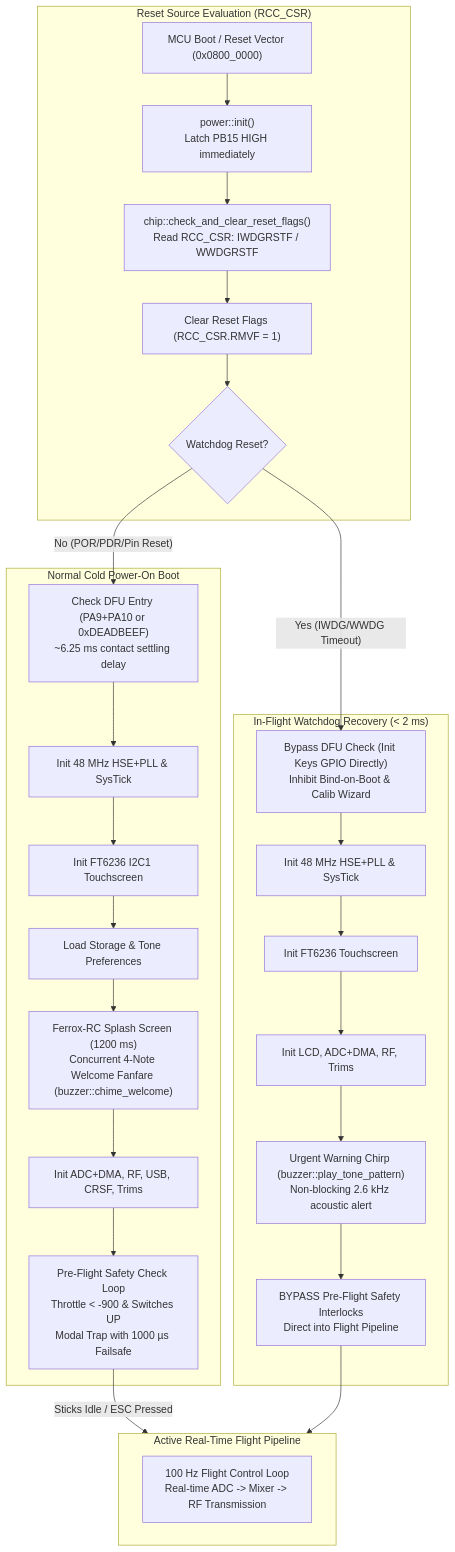
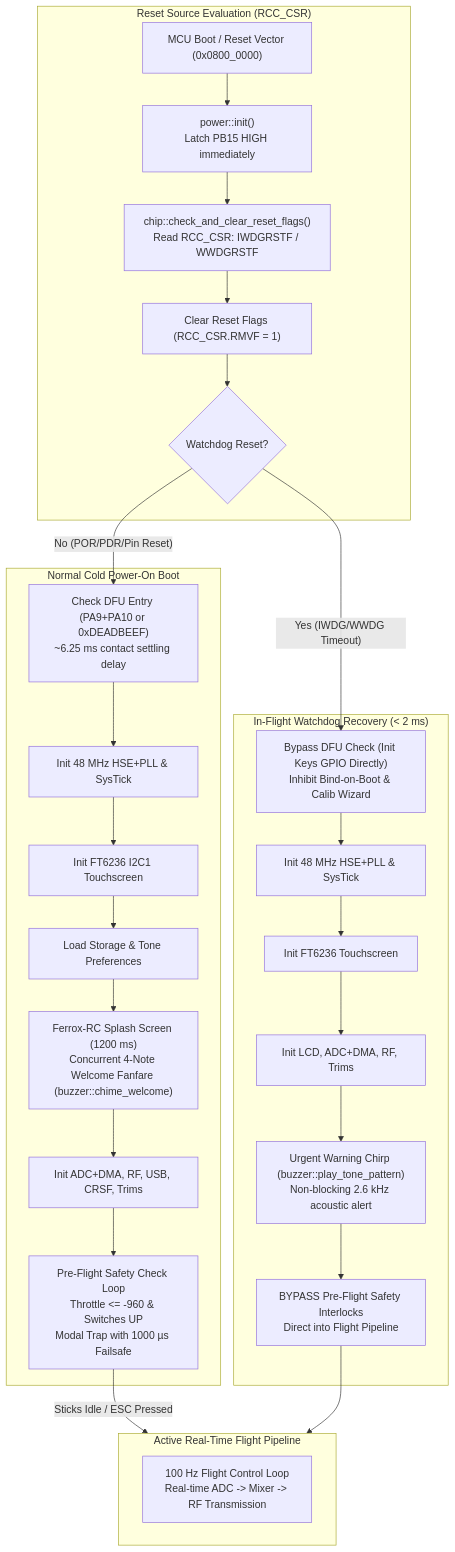
One commit to ferrox-rc/flysky-i6s-rs changed the second of 2 diagrams in docs/ARCHITECTURE.md. Above: the diagram before and after it, drawn with Mermaid. The commit also changed other lines of this file and 13 other files, not shown here.

````diff
--- a/docs/ARCHITECTURE.md
+++ b/docs/ARCHITECTURE.md
@@ -66,42 +66,42 @@
 ```mermaid
 flowchart TD
     subgraph Boot_Decision ["Reset Source Evaluation (RCC_CSR)"]
         Boot["MCU Boot / Reset Vector (0x0800_0000)"]
         PowerInit["power::init()<br>Latch PB15 HIGH immediately"]
         ReadCSR["chip::check_and_clear_reset_flags()<br>Read RCC_CSR: IWDGRSTF / WWDGRSTF"]
         ClearCSR["Clear Reset Flags (RCC_CSR.RMVF = 1)"]
         IsWDT{"Watchdog Reset?"}
         
         Boot --> PowerInit --> ReadCSR --> ClearCSR --> IsWDT
     end
 
     subgraph Cold_Boot ["Normal Cold Power-On Boot"]
         DFU["Check DFU Entry (PA9+PA10 or 0xDEADBEEF)<br>~6.25 ms contact settling delay"]
         Clocks["Init 48 MHz HSE+PLL & SysTick"]
         TouchInit["Init FT6236 I2C1 Touchscreen"]
         Storage["Load Storage & Tone Preferences"]
         Splash["Ferrox-RC Splash Screen (1200 ms)<br>Concurrent 4-Note Welcome Fanfare (buzzer::chime_welcome)"]
         Periphs["Init ADC+DMA, RF, USB, CRSF, Trims"]
-        SafetyCheck["Pre-Flight Safety Check Loop<br>Throttle < -900 & Switches UP<br>Modal Trap with 1000 µs Failsafe"]
+        SafetyCheck["Pre-Flight Safety Check Loop<br>Throttle <= -960 & Switches UP<br>Modal Trap with 1000 µs Failsafe"]
         
         IsWDT -- "No (POR/PDR/Pin Reset)" --> DFU --> Clocks --> TouchInit --> Storage --> Splash --> Periphs --> SafetyCheck
     end
 
     subgraph Warm_Recovery ["In-Flight Watchdog Recovery (< 2 ms)"]
         FastInit["Bypass DFU Check (Init Keys GPIO Directly)<br>Inhibit Bind-on-Boot & Calib Wizard"]
         ClocksWarm["Init 48 MHz HSE+PLL & SysTick"]
         TouchWarm["Init FT6236 Touchscreen"]
         PeriphsWarm["Init LCD, ADC+DMA, RF, Trims"]
         AlertChirp["Urgent Warning Chirp (buzzer::play_tone_pattern)<br>Non-blocking 2.6 kHz acoustic alert"]
         BypassCheck["BYPASS Pre-Flight Safety Interlocks<br>Direct into Flight Pipeline"]
         
         IsWDT -- "Yes (IWDG/WWDG Timeout)" --> FastInit --> ClocksWarm --> TouchWarm --> PeriphsWarm --> AlertChirp --> BypassCheck
     end
 
     subgraph Flight_Loop ["Active Real-Time Flight Pipeline"]
         ActiveRF["100 Hz Flight Control Loop<br>Real-time ADC -> Mixer -> RF Transmission"]
     end
 
     SafetyCheck -- "Sticks Idle / ESC Pressed" --> Flight_Loop
     BypassCheck --> Flight_Loop
 ```
````
